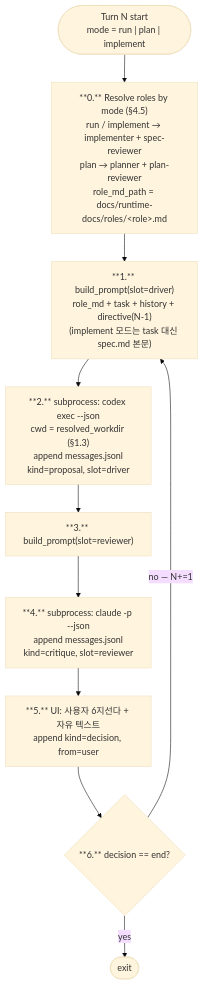
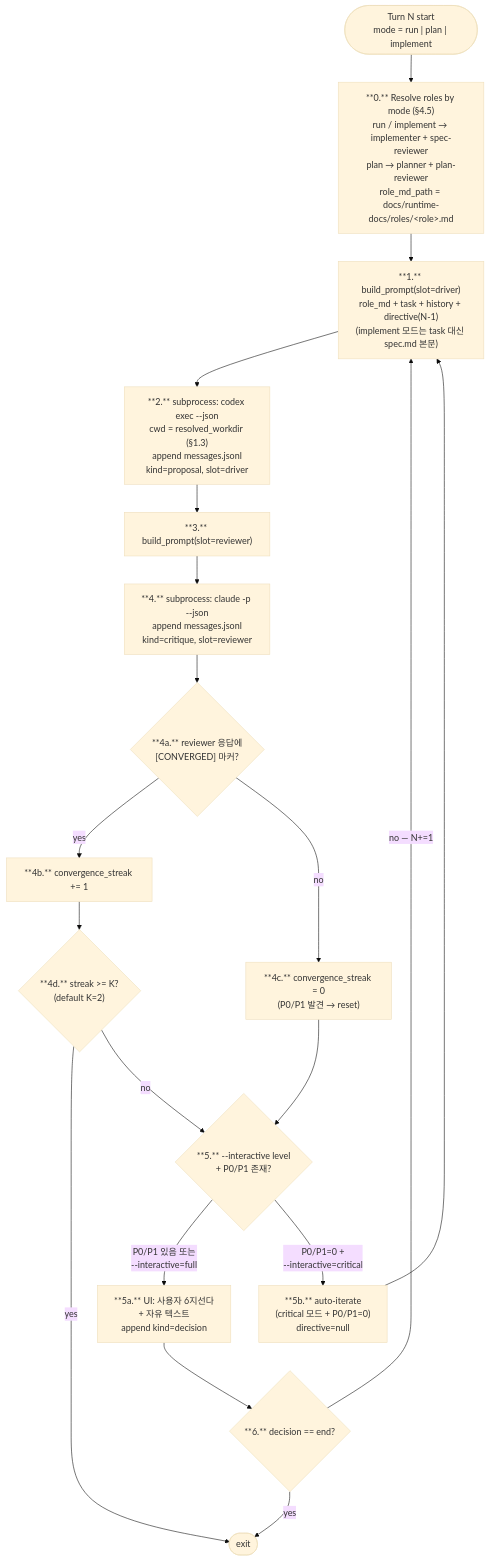
Before and after one commit to shinjw4929/Dialectic-CLI: the second of 2 diagrams in outline/02-communication.md, drawn with Mermaid (base theme). The commit also changed other lines of this file and 2 other files, not shown here.

Commit message:
Apply ADR-9 to outline narrative (03/02/04)
03-ux: --interactive 플래그 명세 + Enter=iterate default + 수렴 종료 다이어그램.
02-communication: §2.3 turn lifecycle에 수렴 카운터 분기, §2.9 [CONVERGED] 마커 정의.
04-requirements: 요구사항 #2 재서술, §4.5.1 종료 조건 K턴 streak 명시.

````diff
--- a/outline/02-communication.md
+++ b/outline/02-communication.md
@@ -84,16 +84,30 @@
 ```mermaid
 flowchart TD
     Start(["Turn N start<br/>mode = run | plan | implement"])
     R0["**0.** Resolve roles by mode (§4.5)<br/>run / implement → implementer + spec-reviewer<br/>plan → planner + plan-reviewer<br/>role_md_path = docs/runtime-docs/roles/&lt;role&gt;.md"]
     R1["**1.** build_prompt(slot=driver)<br/>role_md + task + history + directive(N-1)<br/>(implement 모드는 task 대신 spec.md 본문)"]
     R2["**2.** subprocess: codex exec --json<br/>cwd = resolved_workdir (§1.3)<br/>append messages.jsonl<br/>kind=proposal, slot=driver"]
     R3["**3.** build_prompt(slot=reviewer)"]
     R4["**4.** subprocess: claude -p --json<br/>append messages.jsonl<br/>kind=critique, slot=reviewer"]
-    R5["**5.** UI: 사용자 6지선다 + 자유 텍스트<br/>append kind=decision, from=user"]
+    R4a{"**4a.** reviewer 응답에<br/>[CONVERGED] 마커?"}
+    R4b["**4b.** convergence_streak += 1"]
+    R4c["**4c.** convergence_streak = 0<br/>(P0/P1 발견 → reset)"]
+    R4d{"**4d.** streak >= K?<br/>(default K=2)"}
+    R5{"**5.** --interactive level<br/>+ P0/P1 존재?"}
+    R5a["**5a.** UI: 사용자 6지선다<br/>+ 자유 텍스트<br/>append kind=decision"]
+    R5b["**5b.** auto-iterate<br/>(critical 모드 + P0/P1=0)<br/>directive=null"]
     R6{"**6.** decision == end?"}
     Exit([exit])
 
-    Start --> R0 --> R1 --> R2 --> R3 --> R4 --> R5 --> R6
+    Start --> R0 --> R1 --> R2 --> R3 --> R4 --> R4a
+    R4a -- yes --> R4b --> R4d
+    R4a -- no --> R4c --> R5
+    R4d -- yes --> Exit
+    R4d -- no --> R5
+    R5 -- "P0/P1 있음 또는<br/>--interactive=full" --> R5a
+    R5 -- "P0/P1=0 +<br/>--interactive=critical" --> R5b
+    R5a --> R6
+    R5b --> R1
     R6 -- yes --> Exit
     R6 -- "no — N+=1" --> R1
 ```
````
